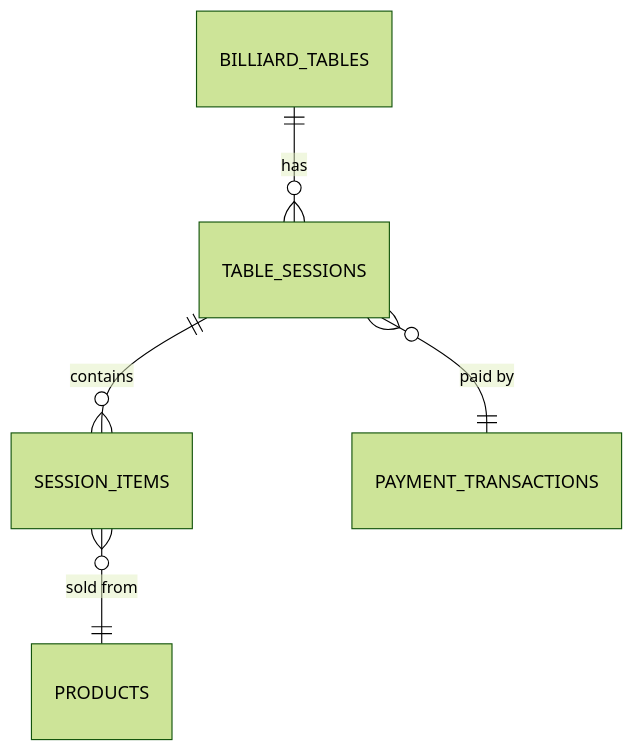
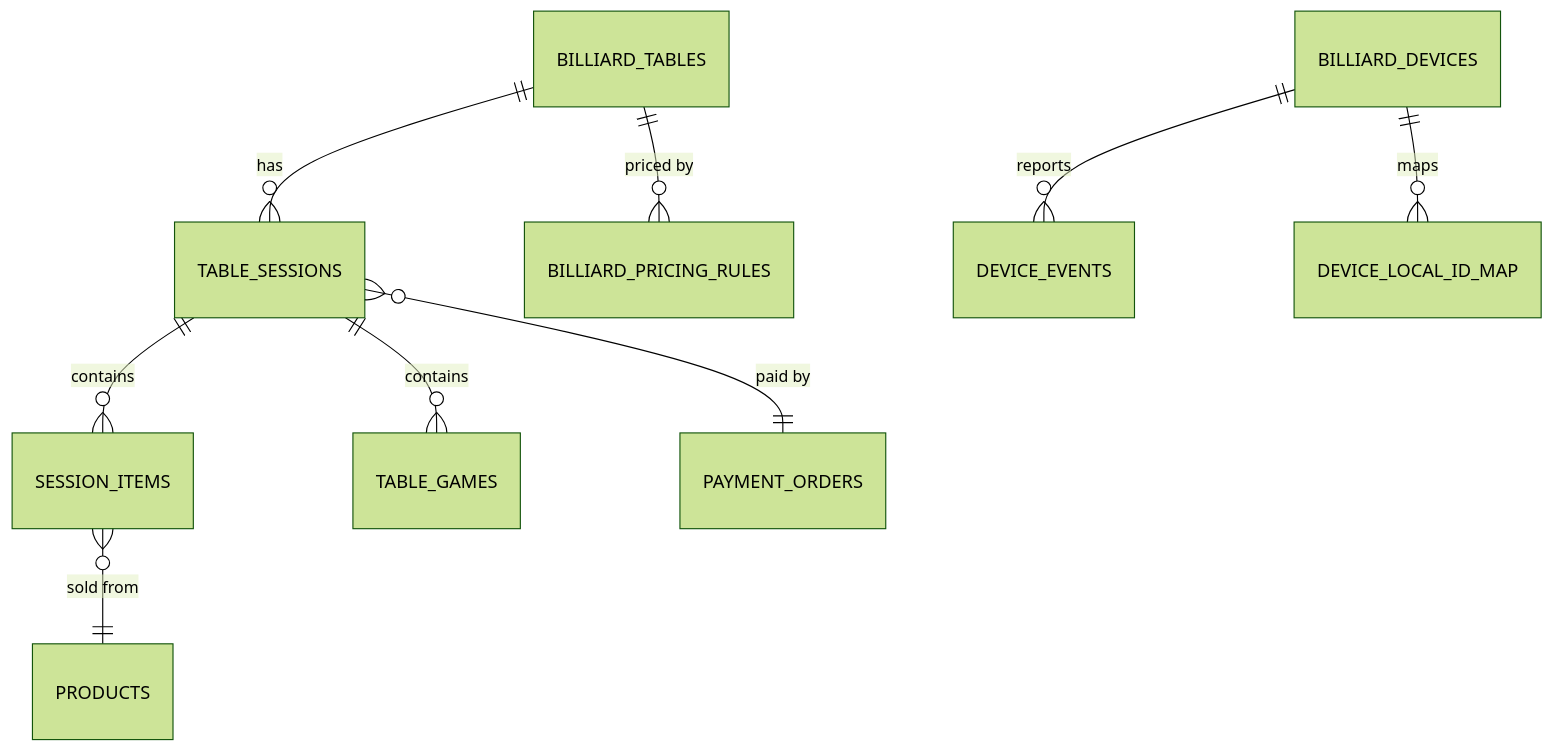
Before and after one commit to nghingothanhnghi/fastApi: the second of 2 diagrams in app/billiard/README.md, drawn with Mermaid (forest theme). The commit also changed other lines of this file and 2 other files, not shown here.

````diff
--- a/app/billiard/README.md
+++ b/app/billiard/README.md
@@ -104,7 +125,11 @@
 ```mermaid
 erDiagram
     BILLIARD_TABLES ||--o{ TABLE_SESSIONS : has
     TABLE_SESSIONS  ||--o{ SESSION_ITEMS  : contains
-    TABLE_SESSIONS  }o--|| PAYMENT_TRANSACTIONS : "paid by"
+    TABLE_SESSIONS  ||--o{ TABLE_GAMES    : contains
+    TABLE_SESSIONS  }o--|| PAYMENT_ORDERS : "paid by"
     SESSION_ITEMS   }o--|| PRODUCTS : "sold from"
+    BILLIARD_TABLES ||--o{ BILLIARD_PRICING_RULES : "priced by"
+    BILLIARD_DEVICES ||--o{ DEVICE_EVENTS : reports
+    BILLIARD_DEVICES ||--o{ DEVICE_LOCAL_ID_MAP : maps
 ```
````
